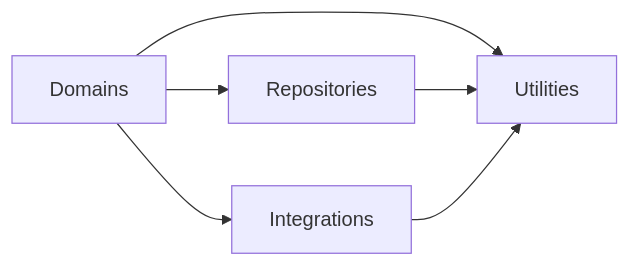
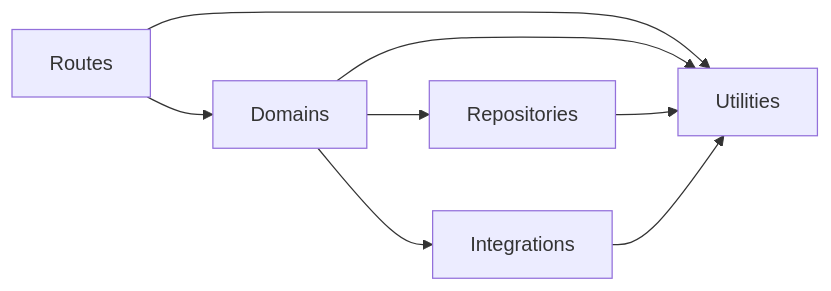
The diagram in hub/docs/backend-architecture.md (github/replica), drawn with Mermaid before and after one commit. The commit also changed other lines of this file and 114 other files, not shown here.

````diff
--- a/hub/docs/backend-architecture.md
+++ b/hub/docs/backend-architecture.md
@@ -14,8 +15,10 @@
 ```mermaid
 flowchart LR
+  Routes --> Domains
+  Routes --> Utilities
   Domains --> Repositories
   Domains --> Integrations
   Domains --> Utilities
   Repositories --> Utilities
   Integrations --> Utilities
 ```
````
